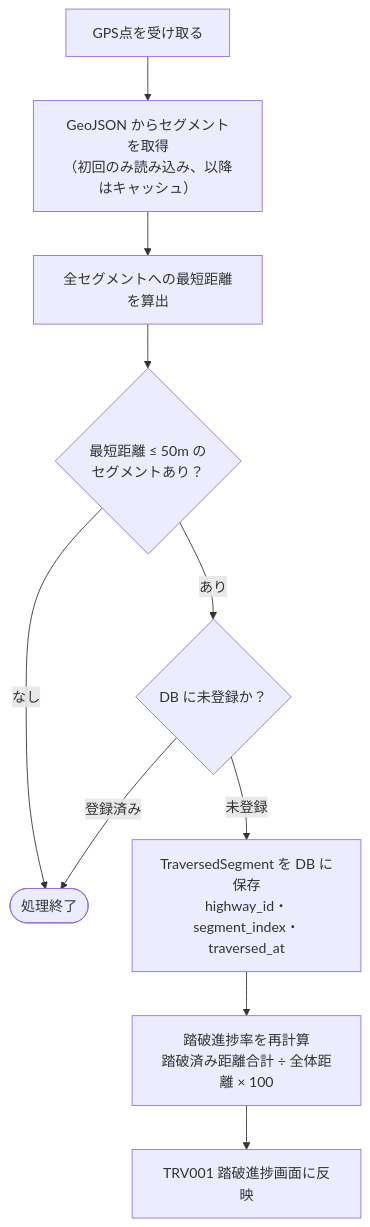
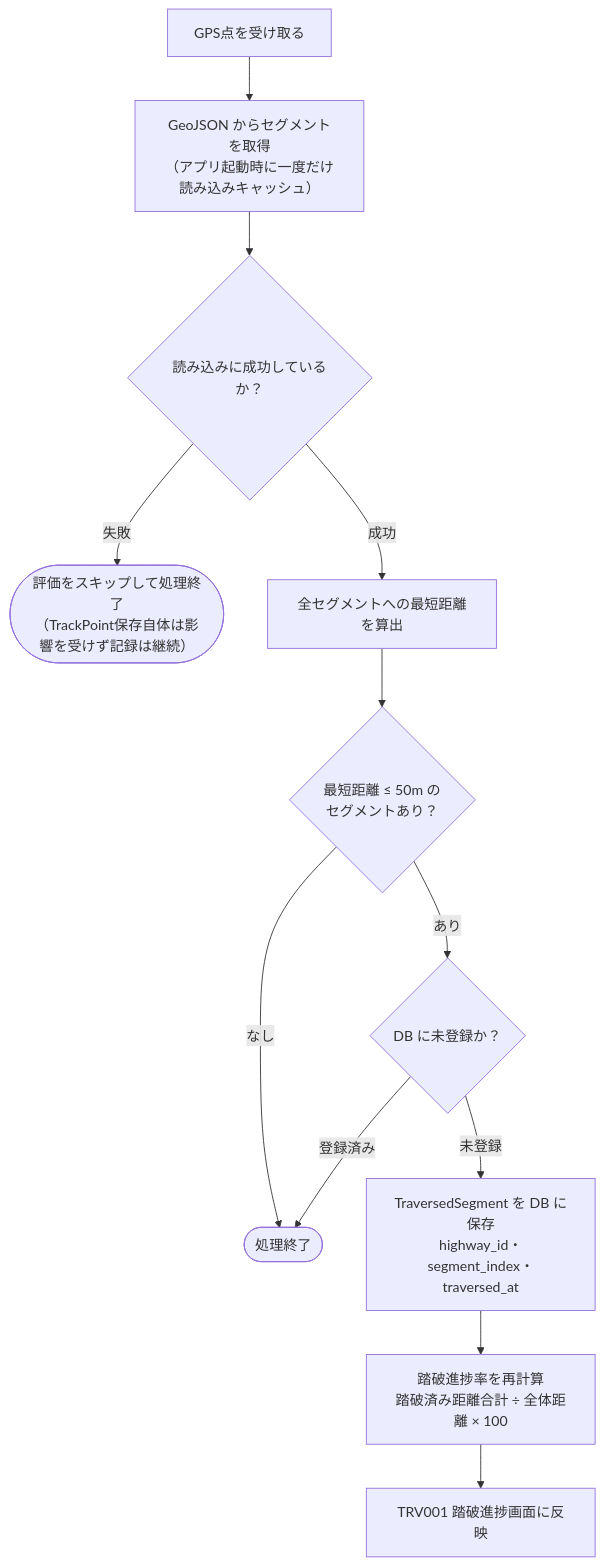
One commit to tnkmr32/WalkingTracker changed the fourth of 5 diagrams in docs/03-basic-design/business-logic-design.md. Above: the diagram before and after it, drawn with Mermaid. The commit also changed other lines of this file and 2 other files, not shown here.

Commit message:
docs: 指摘#11/#20対応 - TRV業務フローにGeoJSON読み込み失敗の分岐を追加
指摘#11と#20は同一修正（TRVのMermaidフロー図へのGeoJSON読み込み失敗
分岐の追加）で解消できるためまとめて対応。GeoJSONの読み込みタイミン
グを「アプリ起動時に一度だけ読み込みキャッシュ」に統一し（従来の
「初回のみ読み込み」という記述との食い違いを解消）、失敗時はTRV評価
のみスキップしWLKの記録には影響しない旨をbusiness-logic-design.md
とerror-handling.mdに明記。

````diff
--- a/docs/03-basic-design/business-logic-design.md
+++ b/docs/03-basic-design/business-logic-design.md
@@ -80,12 +82,14 @@
 ```mermaid
 flowchart TD
-    A["GPS点を受け取る"] --> B["GeoJSON からセグメントを取得\n（初回のみ読み込み、以降はキャッシュ）"]
-    B --> C["全セグメントへの最短距離を算出"]
+    A["GPS点を受け取る"] --> B["GeoJSON からセグメントを取得\n（アプリ起動時に一度だけ読み込みキャッシュ）"]
+    B --> B2{読み込みに成功しているか？}
+    B2 -->|失敗| J(["評価をスキップして処理終了\n（TrackPoint保存自体は影響を受けず記録は継続）"])
+    B2 -->|成功| C["全セグメントへの最短距離を算出"]
     C --> D{最短距離 ≤ 50m の\nセグメントあり？}
     D -->|なし| E([処理終了])
     D -->|あり| F{DB に未登録か？}
     F -->|登録済み| E
     F -->|未登録| G["TraversedSegment を DB に保存\nhighway_id・segment_index・traversed_at"]
     G --> H["踏破進捗率を再計算\n踏破済み距離合計 ÷ 全体距離 × 100"]
     H --> I["TRV001 踏破進捗画面に反映"]
 ```
````
